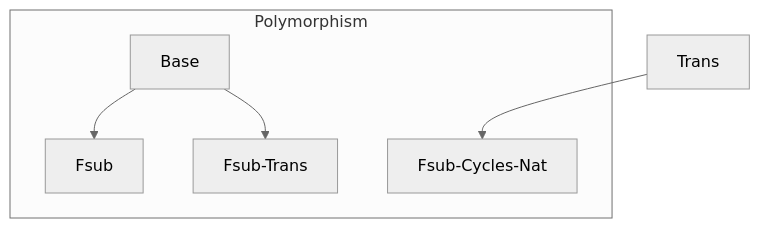
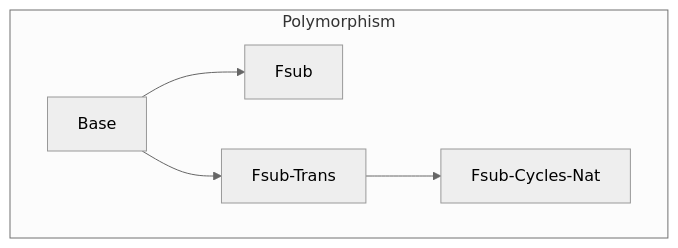
One commit to TiarkRompf/reachability changed the diagram in polymorphism/README.md. Above: the diagram before and after it, drawn with Mermaid (neutral theme).

````diff
--- a/polymorphism/README.md
+++ b/polymorphism/README.md
@@ -12,12 +12,12 @@
 ```mermaid
 graph TD
     subgraph poly[Polymorphism]
       Base
       Fsub
 	  Fsub-Trans
 	  Fsub-Cycles-Nat
     end
     Base-->Fsub
 	Base-->Fsub-Trans
-	Trans-->Fsub-Cycles-Nat
+	Fsub-Trans-->Fsub-Cycles-Nat
 ```
````
